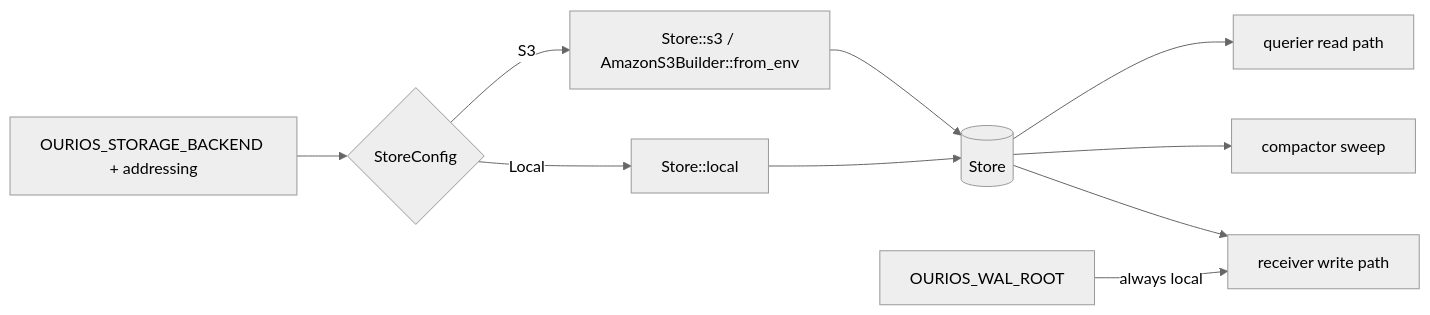
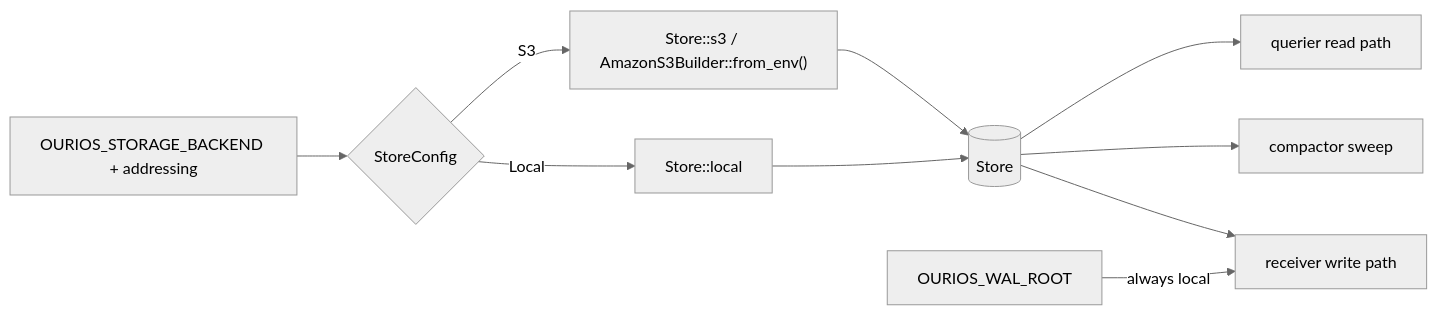
Before and after one commit to jensholdgaard/ourios: the diagram in docs/rfcs/0019-storage-backend-selection.md, drawn with Mermaid (neutral theme). The commit also changed other lines of this file, not shown here.

````diff
--- a/docs/rfcs/0019-storage-backend-selection.md
+++ b/docs/rfcs/0019-storage-backend-selection.md
@@ -97,12 +103,12 @@
 ```mermaid
 flowchart LR
   env[OURIOS_STORAGE_BACKEND + addressing] --> cfg{StoreConfig}
   cfg -->|Local| sl[Store::local]
-  cfg -->|S3| ss[Store::s3 / AmazonS3Builder::from_env]
+  cfg -->|S3| ss["Store::s3 / AmazonS3Builder::from_env()"]
   sl --> store[(Store)]
   ss --> store
   store --> rcv[receiver write path]
   store --> cmp[compactor sweep]
   store --> qry[querier read path]
   wal[OURIOS_WAL_ROOT] -->|always local| rcv
 ```
````
